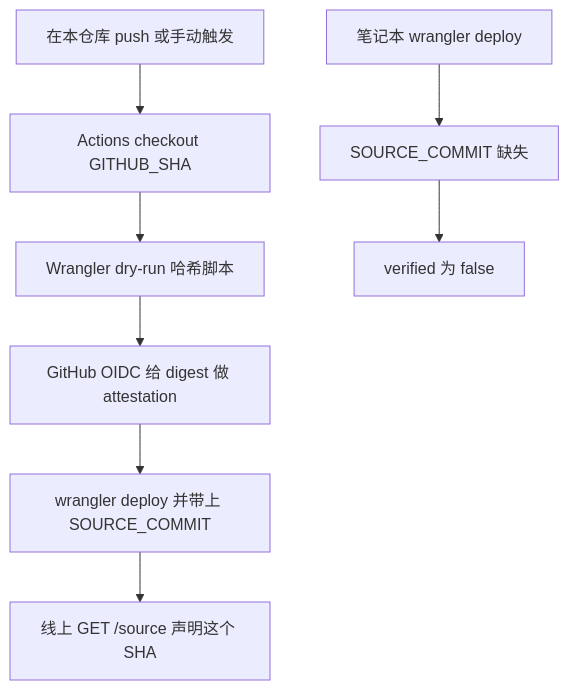
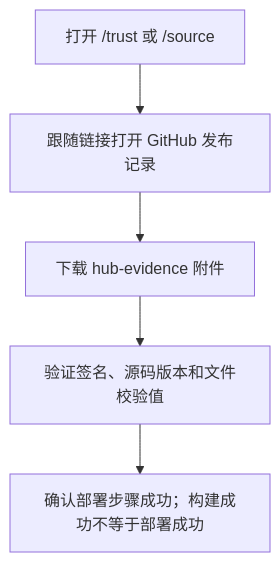
Before and after one commit to TITOCHAN2023/fleetForAgent: the second of 3 diagrams in docs/blog/same-source-as-github.zh.md, drawn with Mermaid. The commit also changed other lines of this file and 17 other files, not shown here.

Commit message:
Publish Hub build evidence and pin a living trust guide

````diff
--- a/docs/blog/same-source-as-github.zh.md
+++ b/docs/blog/same-source-as-github.zh.md
@@ -50,12 +25,7 @@
 ```mermaid
 flowchart TD
-  accTitle: 生产 Worker 预定如何发布
-  accDescr: GitHub Actions checkout 一次 commit，哈希 Worker 包，给 digest 做 attestation，再用同一个 SHA 作为 SOURCE_COMMIT 部署。笔记本部署若不带这些变量，中枢保持未核验。
-  A["在本仓库 push 或手动触发"] --> B["Actions checkout GITHUB_SHA"]
-  B --> C["Wrangler dry-run 哈希脚本"]
-  C --> D["GitHub OIDC 给 digest 做 attestation"]
-  D --> E["wrangler deploy 并带上 SOURCE_COMMIT"]
-  E --> F["线上 GET /source 声明这个 SHA"]
-  G["笔记本 wrangler deploy"] --> H["SOURCE_COMMIT 缺失"]
-  H --> I["verified 为 false"]
+  A["打开 /trust 或 /source"] --> B["跟随链接打开 GitHub 发布记录"]
+  B --> C["下载 hub-evidence 附件"]
+  C --> D["验证签名、源码版本和文件校验值"]
+  D --> E["确认部署步骤成功；构建成功不等于部署成功"]
 ```
````
